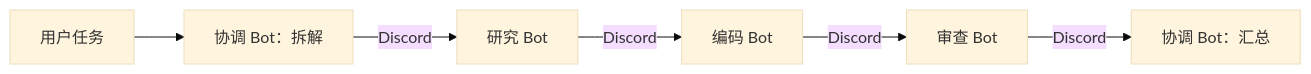
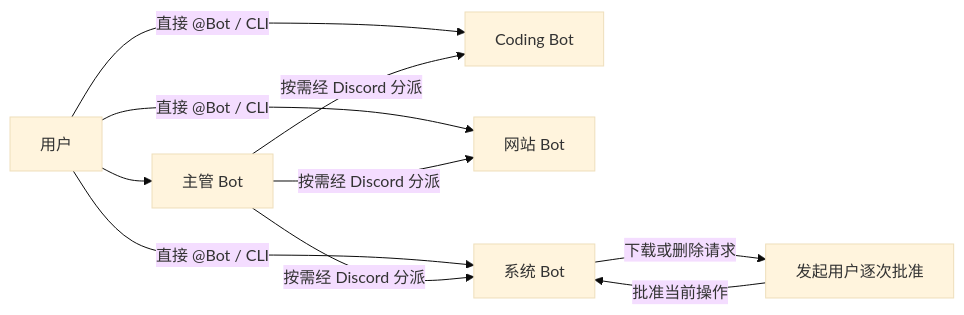
Before and after one commit to BoyuSong/spirit: the diagram in docs/cloud-multi-agent.md, drawn with Mermaid (base theme). The commit also changed other lines of this file and 28 other files, not shown here.

````diff
--- a/docs/cloud-multi-agent.md
+++ b/docs/cloud-multi-agent.md
@@ -5,8 +5,12 @@
 ```mermaid
 flowchart LR
-    U[用户任务] --> C1[协调 Bot：拆解]
-    C1 -->|Discord| R[研究 Bot]
-    R -->|Discord| D[编码 Bot]
-    D -->|Discord| V[审查 Bot]
-    V -->|Discord| C2[协调 Bot：汇总]
+    U[用户] -->|直接 @Bot / CLI| D[Coding Bot]
+    U -->|直接 @Bot / CLI| W[网站 Bot]
+    U -->|直接 @Bot / CLI| S[系统 Bot]
+    U --> C[主管 Bot]
+    C -->|按需经 Discord 分派| D
+    C -->|按需经 Discord 分派| W
+    C -->|按需经 Discord 分派| S
+    S -->|下载或删除请求| A[发起用户逐次批准]
+    A -->|批准当前操作| S
 ```
````
